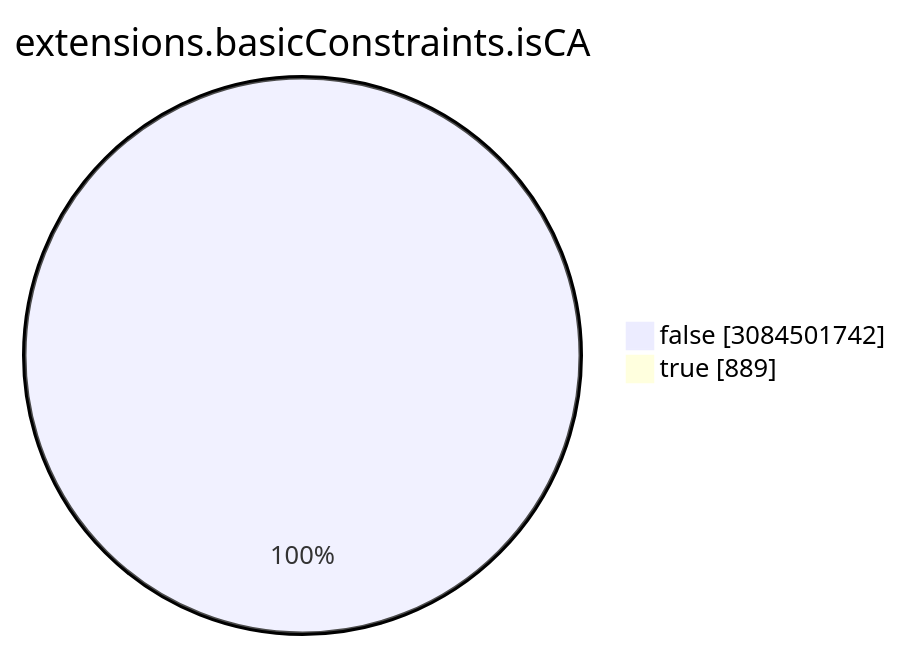
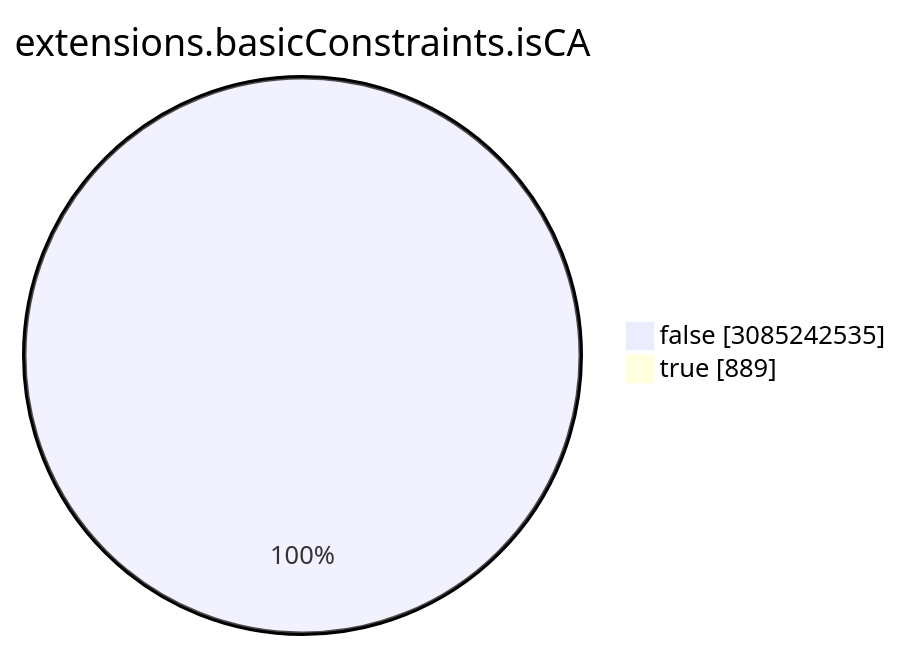
One commit to christiankrug/ctmonitor_visualization changed the seventh of 15 diagrams in TOTAL/README.md. Above: the diagram before and after it, drawn with Mermaid. The commit also changed other lines of this file, not shown here.

````diff
--- a/TOTAL/README.md
+++ b/TOTAL/README.md
@@ -3086,6 +3086,6 @@
 ```mermaid
 pie showData
 title extensions.basicConstraints.isCA
-"false" :3084501742
+"false" :3085242535
 "true" :889
 ```
````
